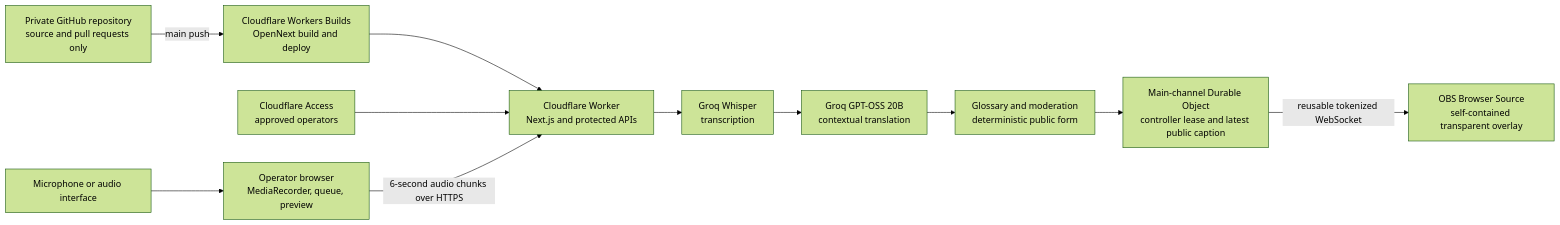
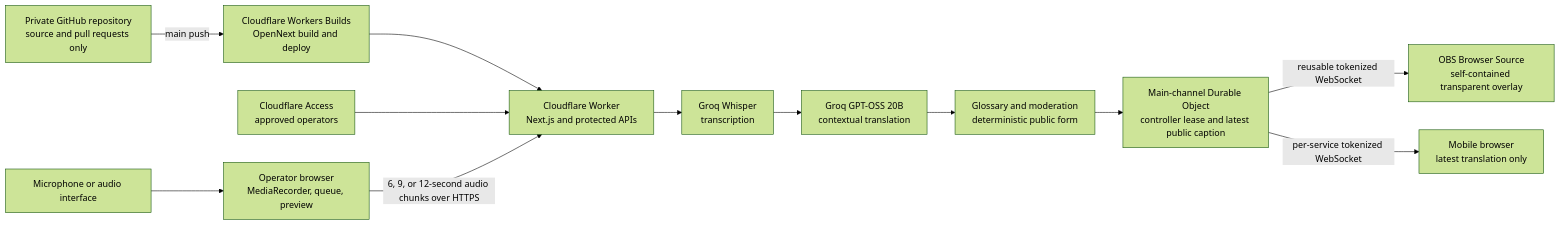
The diagram in README.md (variable-hq/caption-studio), drawn with Mermaid (forest theme) before and after one commit. The commit also changed other lines of this file and 50 other files, not shown here.

````diff
--- a/README.md
+++ b/README.md
@@ -49,13 +64,14 @@
 ```mermaid
 flowchart LR
   Repo["Private GitHub repository<br/>source and pull requests only"] -->|"main push"| Build["Cloudflare Workers Builds<br/>OpenNext build and deploy"]
   Build --> Worker
   Mic["Microphone or audio interface"] --> Browser["Operator browser<br/>MediaRecorder, queue, preview"]
   Access["Cloudflare Access<br/>approved operators"] --> Worker["Cloudflare Worker<br/>Next.js and protected APIs"]
-  Browser -->|"6-second audio chunks over HTTPS"| Worker
+  Browser -->|"6, 9, or 12-second audio chunks over HTTPS"| Worker
   Worker --> Whisper["Groq Whisper<br/>transcription"]
   Whisper --> Translate["Groq GPT-OSS 20B<br/>contextual translation"]
   Translate --> Pipeline["Glossary and moderation<br/>deterministic public form"]
   Pipeline --> Room["Main-channel Durable Object<br/>controller lease and latest public caption"]
   Room -->|"reusable tokenized WebSocket"| OBS["OBS Browser Source<br/>self-contained transparent overlay"]
+  Room -->|"per-service tokenized WebSocket"| Viewer["Mobile browser<br/>latest translation only"]
 ```
````
